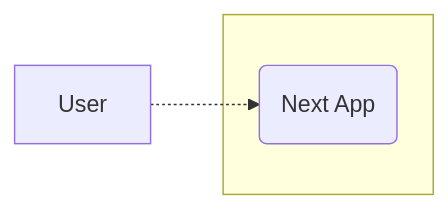
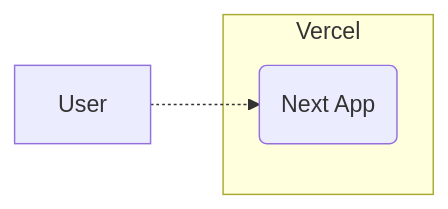
Before and after one commit to joernb/blueprints: the diagram in README.md, drawn with Mermaid. The commit also changed other lines of this file and 7 other files, not shown here.

````diff
--- a/README.md
+++ b/README.md
@@ -24,11 +24,11 @@
 ```mermaid
 graph LR
 
 User["User"]
 
-subgraph " "
+subgraph "Vercel"
   NextApp("Next App")
 end
 
 User -.-> NextApp
 ```
````
